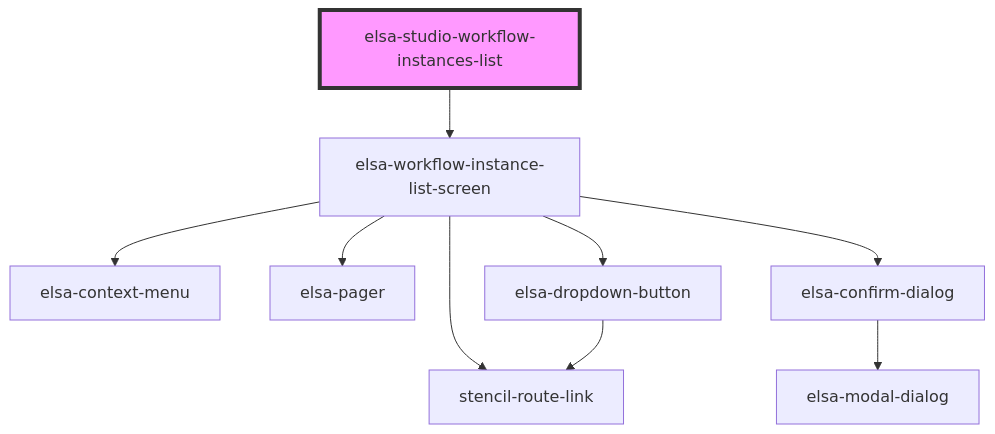
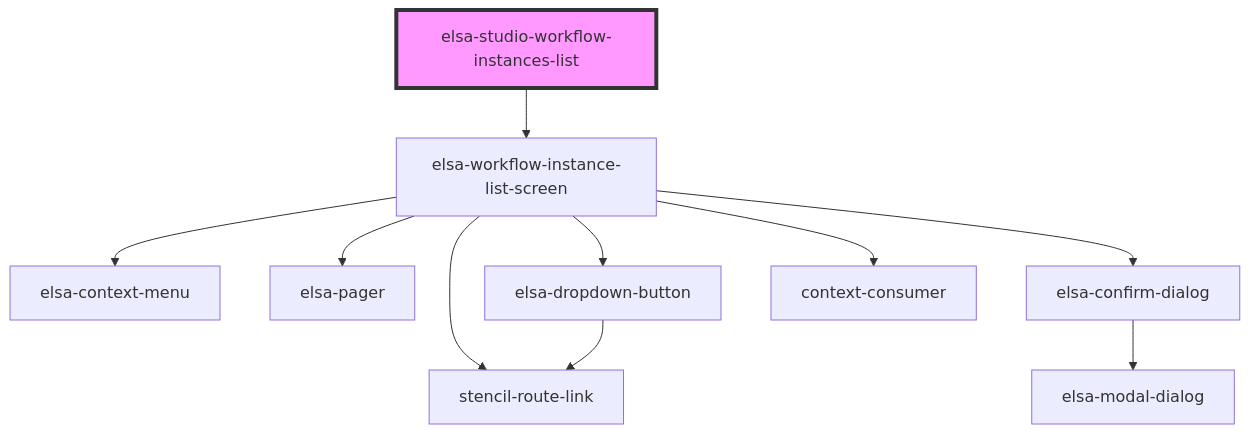
The diagram in src/designer/elsa-workflows-studio/src/components/dashboard/pages/elsa-studio-workflow-instances-list/readme.md (elsa-workflows/elsa-core), drawn with Mermaid before and after one commit. The commit also changed other lines of this file and 22 other files, not shown here.

````diff
--- a/src/designer/elsa-workflows-studio/src/components/dashboard/pages/elsa-studio-workflow-instances-list/readme.md
+++ b/src/designer/elsa-workflows-studio/src/components/dashboard/pages/elsa-studio-workflow-instances-list/readme.md
@@ -24,12 +22,13 @@
 ```mermaid
 graph TD;
   elsa-studio-workflow-instances-list --> elsa-workflow-instance-list-screen
   elsa-workflow-instance-list-screen --> stencil-route-link
   elsa-workflow-instance-list-screen --> elsa-context-menu
   elsa-workflow-instance-list-screen --> elsa-pager
   elsa-workflow-instance-list-screen --> elsa-confirm-dialog
   elsa-workflow-instance-list-screen --> elsa-dropdown-button
+  elsa-workflow-instance-list-screen --> context-consumer
   elsa-confirm-dialog --> elsa-modal-dialog
   elsa-dropdown-button --> stencil-route-link
   style elsa-studio-workflow-instances-list fill:#f9f,stroke:#333,stroke-width:4px
 ```
````
